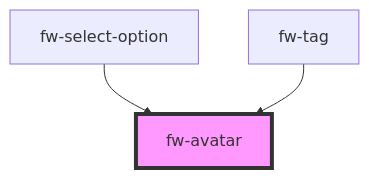
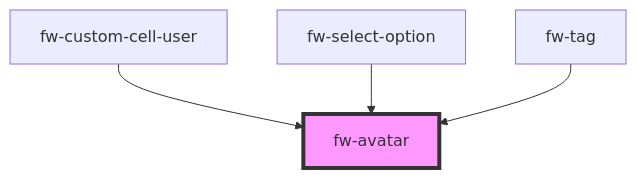
Before and after one commit to freshworks/crayons: the diagram in packages/crayons-core/src/components/avatar/readme.md, drawn with Mermaid. The commit also changed other lines of this file and 11 other files, not shown here.

Commit message:
feat(data-table): adding custom cell ability to datatable component

````diff
--- a/packages/crayons-core/src/components/avatar/readme.md
+++ b/packages/crayons-core/src/components/avatar/readme.md
@@ -112,6 +113,7 @@
 ```mermaid
 graph TD;
+  fw-custom-cell-user --> fw-avatar
   fw-select-option --> fw-avatar
   fw-tag --> fw-avatar
   style fw-avatar fill:#f9f,stroke:#333,stroke-width:4px
 ```
````
